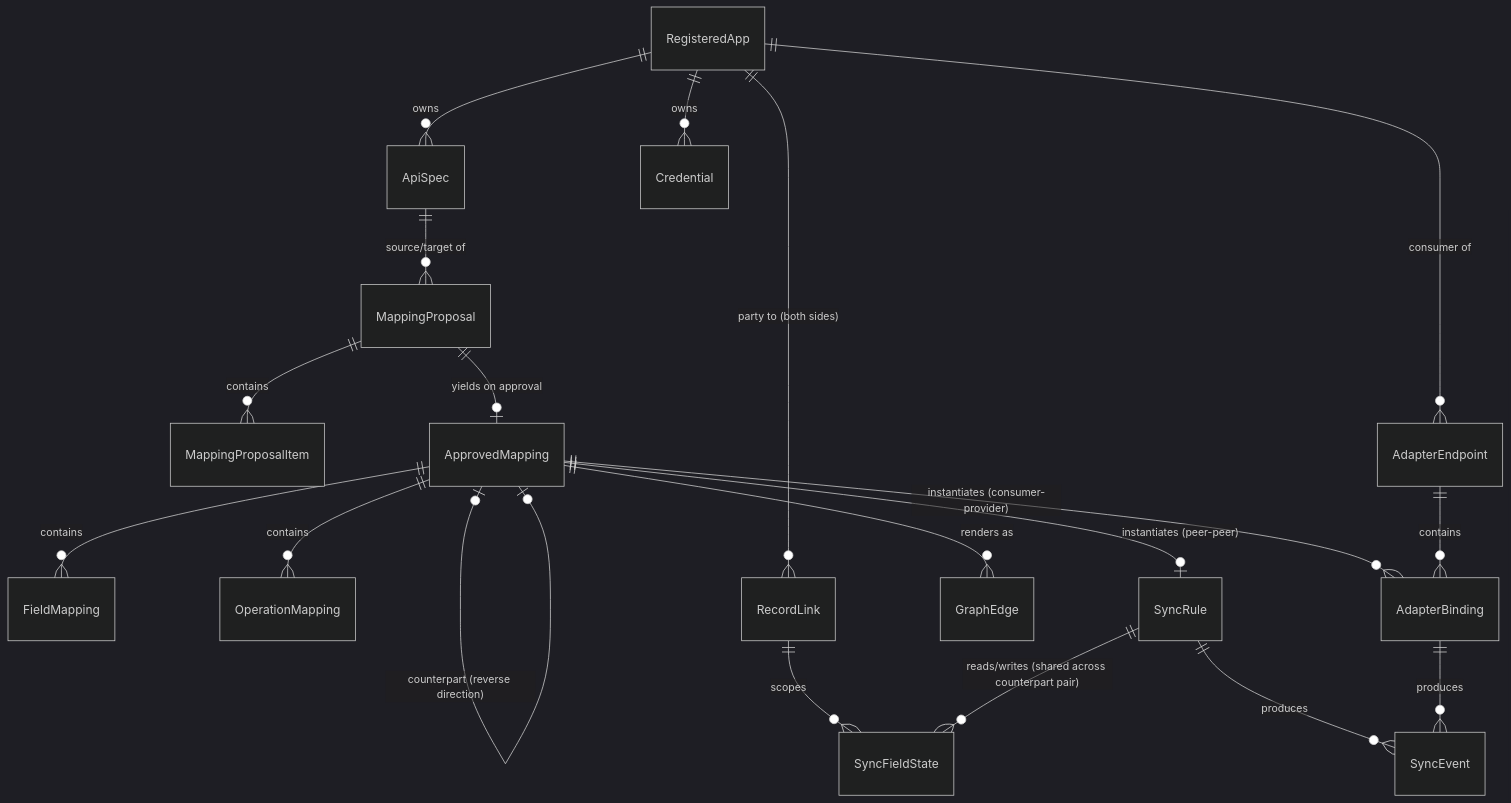
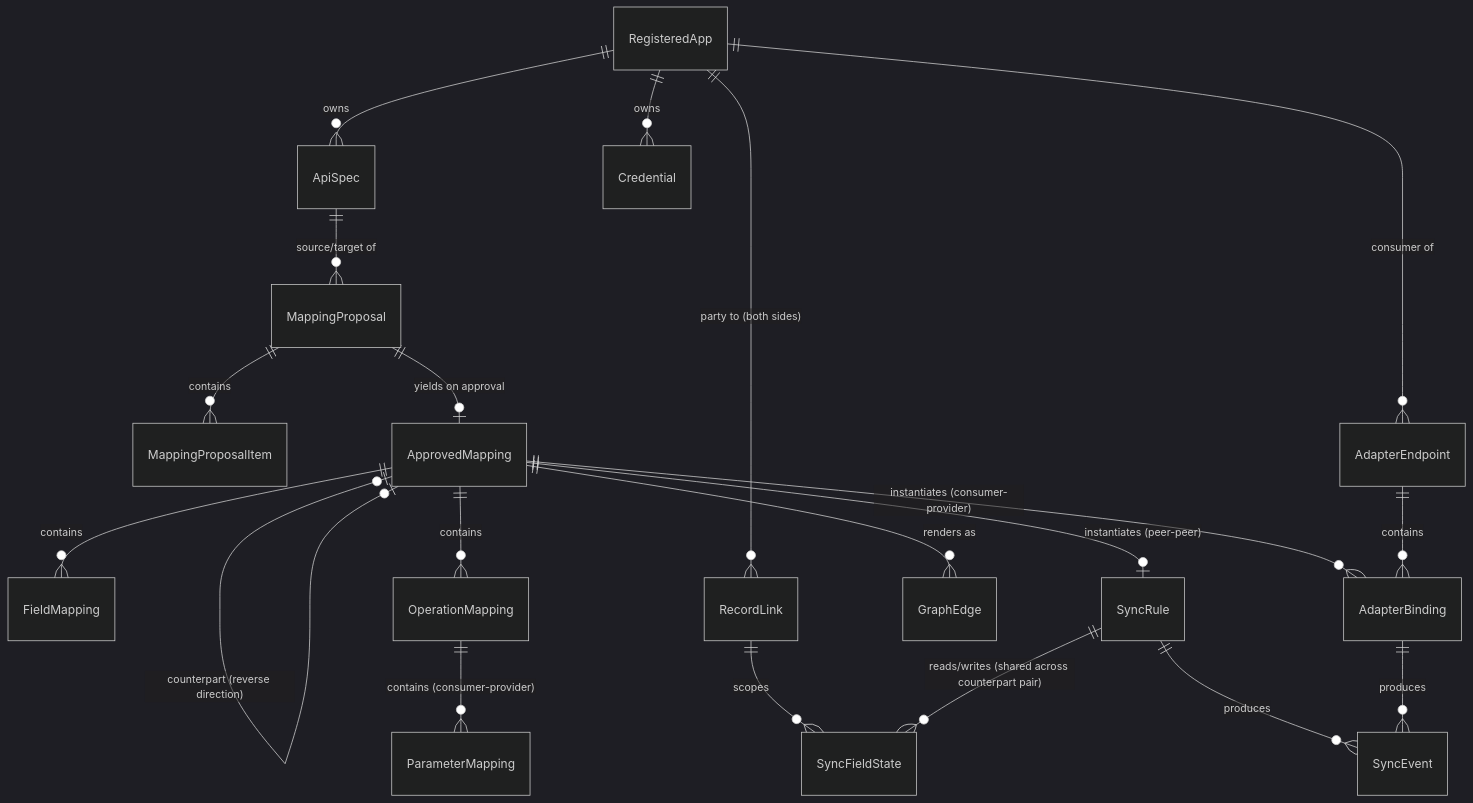
One commit to geprog/api-mediator changed the diagram in docs/architecture/data-model.md. Above: the diagram before and after it, drawn with Mermaid (dark theme). The commit also changed other lines of this file and 7 other files, not shown here.

Commit message:
clarified consumer-provider mapping

````diff
--- a/docs/architecture/data-model.md
+++ b/docs/architecture/data-model.md
@@ -154,21 +164,22 @@
 ```mermaid
 erDiagram
     RegisteredApp ||--o{ ApiSpec : owns
     RegisteredApp ||--o{ Credential : owns
     ApiSpec ||--o{ MappingProposal : "source/target of"
     MappingProposal ||--o{ MappingProposalItem : contains
     MappingProposal ||--o| ApprovedMapping : "yields on approval"
     ApprovedMapping |o--o| ApprovedMapping : "counterpart (reverse direction)"
     ApprovedMapping ||--o{ FieldMapping : contains
     ApprovedMapping ||--o{ OperationMapping : contains
+    OperationMapping ||--o{ ParameterMapping : "contains (consumer-provider)"
     ApprovedMapping ||--o| SyncRule : "instantiates (peer-peer)"
     ApprovedMapping ||--o{ AdapterBinding : "instantiates (consumer-provider)"
     RegisteredApp ||--o{ RecordLink : "party to (both sides)"
     RecordLink ||--o{ SyncFieldState : scopes
     SyncRule ||--o{ SyncFieldState : "reads/writes (shared across counterpart pair)"
     AdapterEndpoint ||--o{ AdapterBinding : contains
     RegisteredApp ||--o{ AdapterEndpoint : "consumer of"
     ApprovedMapping ||--o{ GraphEdge : "renders as"
     SyncRule ||--o{ SyncEvent : produces
     AdapterBinding ||--o{ SyncEvent : produces
 ```
````
